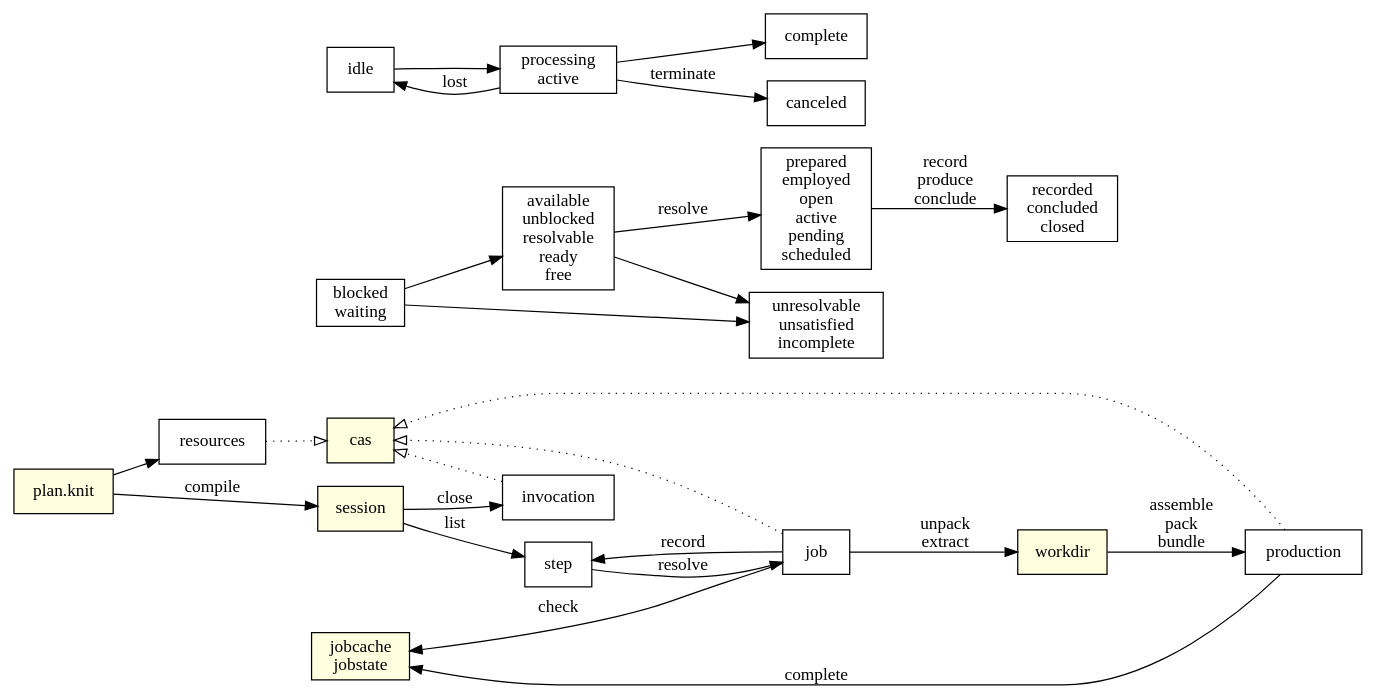
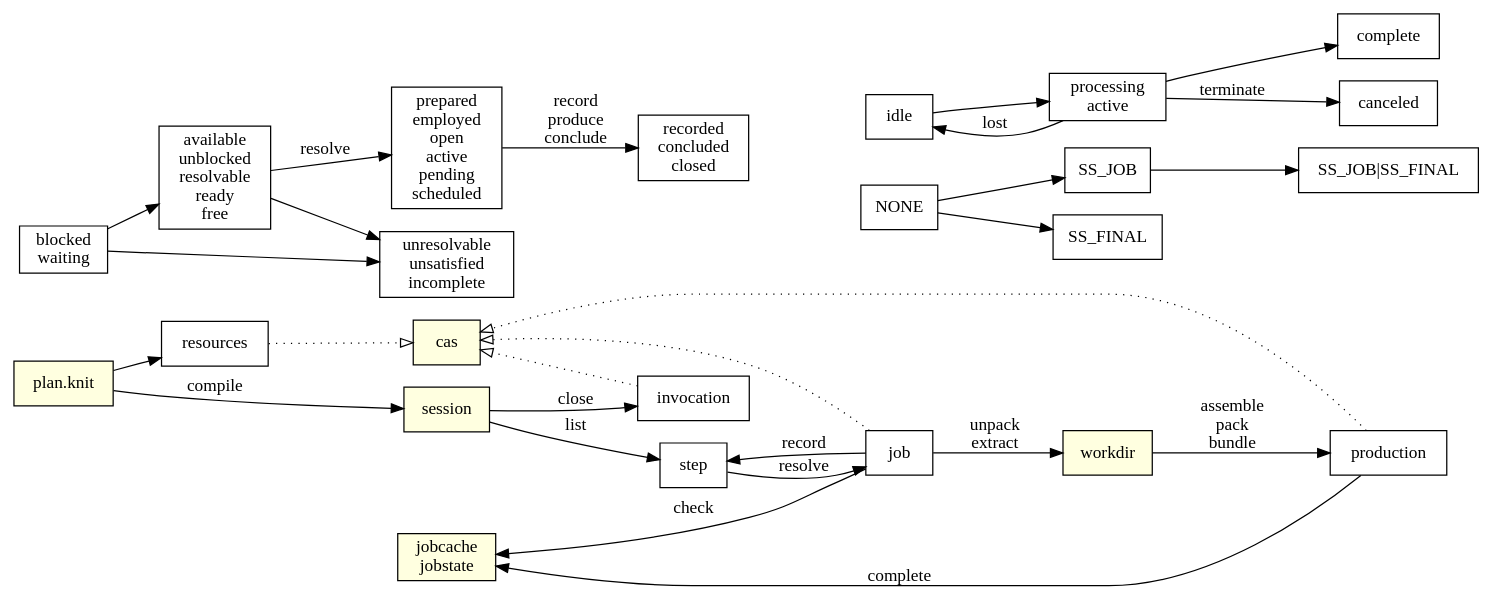
One commit to jmou/knit changed the diagram in diagram.dot. Above: the diagram before and after it, drawn with Graphviz. The commit also changed 17 other files, not shown here.

```diff
--- a/diagram.dot
+++ b/diagram.dot
@@ -1,62 +1,66 @@
 digraph {
     rankdir=LR;
     node [shape=box];
 
     {
         node [style=filled,fillcolor=lightyellow];
 
         // session canonicalization to detect duplicate flows?
         "plan.knit";
         {
             rank=same;
             // .knit/sessions/xxxx
             session;
             // .knit/cas/xx/yyyy
             cas;
             // .knit/jobcache/xx/yyyy
             // TODO this seems more appropriate on the workdir
             // .knit/jobcache/xx/yyyy.pending
             jobcache [label="jobcache\njobstate"];
         }
         // .knit/workdirs/xx/yyyy
         workdir;
     }
 
     "plan.knit" -> session [label=compile];
     "plan.knit" -> resources;
     step -> job [label=resolve];
     job -> jobcache [label=check];
     job -> step [label=record];
     session -> step [label=list];
     session -> invocation [label=close];
 
     // dispatch
     job -> workdir [label="unpack\nextract"];
     workdir -> production [label="assemble\npack\nbundle"];
     production -> jobcache [label=complete];
 
     {
         edge [style=dotted,arrowhead=empty];
         resources -> cas;
         job -> cas;
         production -> cas;
         invocation -> cas;
     }
 
     // step states
     blocked [label="blocked\nwaiting"];
     available [label="available\nunblocked\nresolvable\nready\nfree"];
     prepared [label="prepared\nemployed\nopen\nactive\npending\nscheduled"];
     blocked -> available;
     available -> prepared [label=resolve];
     prepared -> "recorded\nconcluded\nclosed" [label="record\nproduce\nconclude"];
     { blocked available } -> "unresolvable\nunsatisfied\nincomplete";
 
+    // step flags
+    NONE -> SS_JOB -> "SS_JOB|SS_FINAL";
+    NONE -> SS_FINAL;
+
     // job states
     processing [label="processing\nactive"];
     idle -> processing -> complete;
     processing -> canceled [label=terminate];
     processing -> idle [label=lost];
 
-    { rank=same; blocked; idle; cas; }
+    { rank=same; idle; NONE; job; }
 }
```
